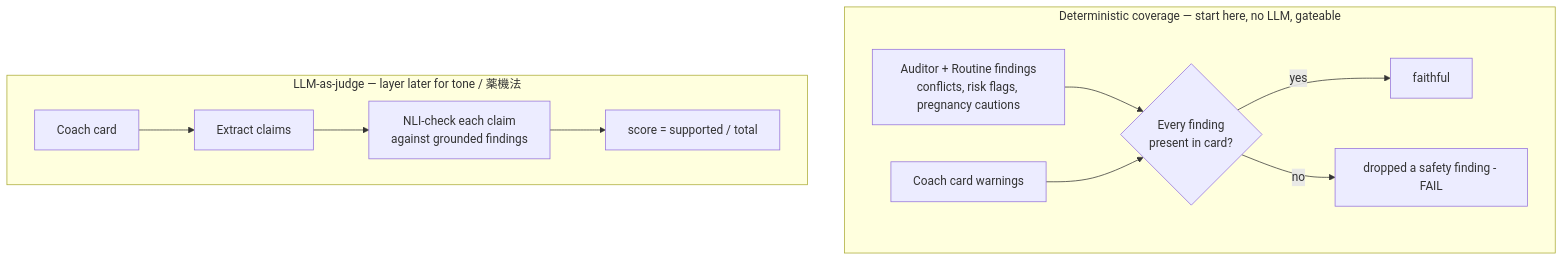
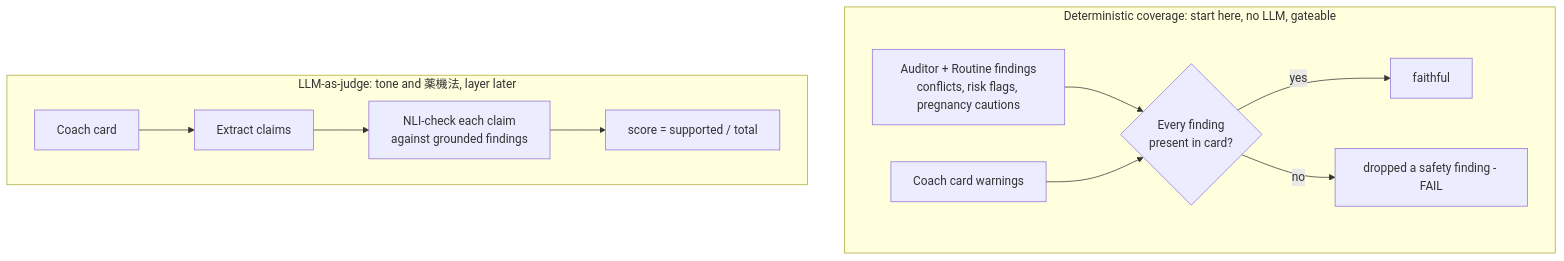
Diagram 12 of 14 in EVAL-OPS.md (dvallslanaquera/skingraph), drawn with Mermaid before and after one commit. The commit also changed other lines of this file and 1 other file, not shown here.

First line of the commit message:
docs: sync roadmap with shipped phases 3-7; GitHub-safe EVAL-OPS mermaid labels

````diff
--- a/EVAL-OPS.md
+++ b/EVAL-OPS.md
@@ -490,16 +490,16 @@
 ```mermaid
 flowchart TD
-    subgraph DET[Deterministic coverage — start here, no LLM, gateable]
+    subgraph DET["Deterministic coverage: start here, no LLM, gateable"]
       FIND[Auditor + Routine findings<br/>conflicts, risk flags, pregnancy cautions]
       CARD[Coach card warnings]
       FIND --> CHK{Every finding<br/>present in card?}
       CARD --> CHK
       CHK -->|yes| PASS[faithful]
       CHK -->|no| FAIL[dropped a safety finding - FAIL]
     end
-    subgraph JUDGE[LLM-as-judge — layer later for tone / 薬機法]
+    subgraph JUDGE["LLM-as-judge: tone and 薬機法, layer later"]
       C2[Coach card] --> EX[Extract claims]
       EX --> NLI[NLI-check each claim<br/>against grounded findings]
-      NLI --> SCORE[score = supported / total]
+      NLI --> SCORE["score = supported / total"]
     end
 ```
````
